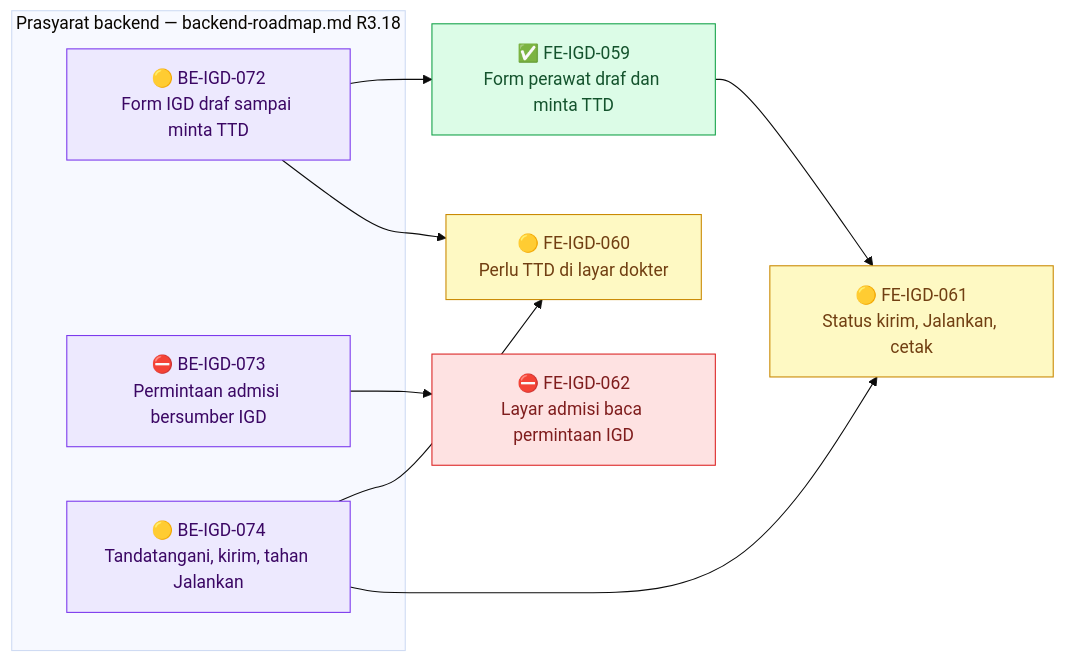
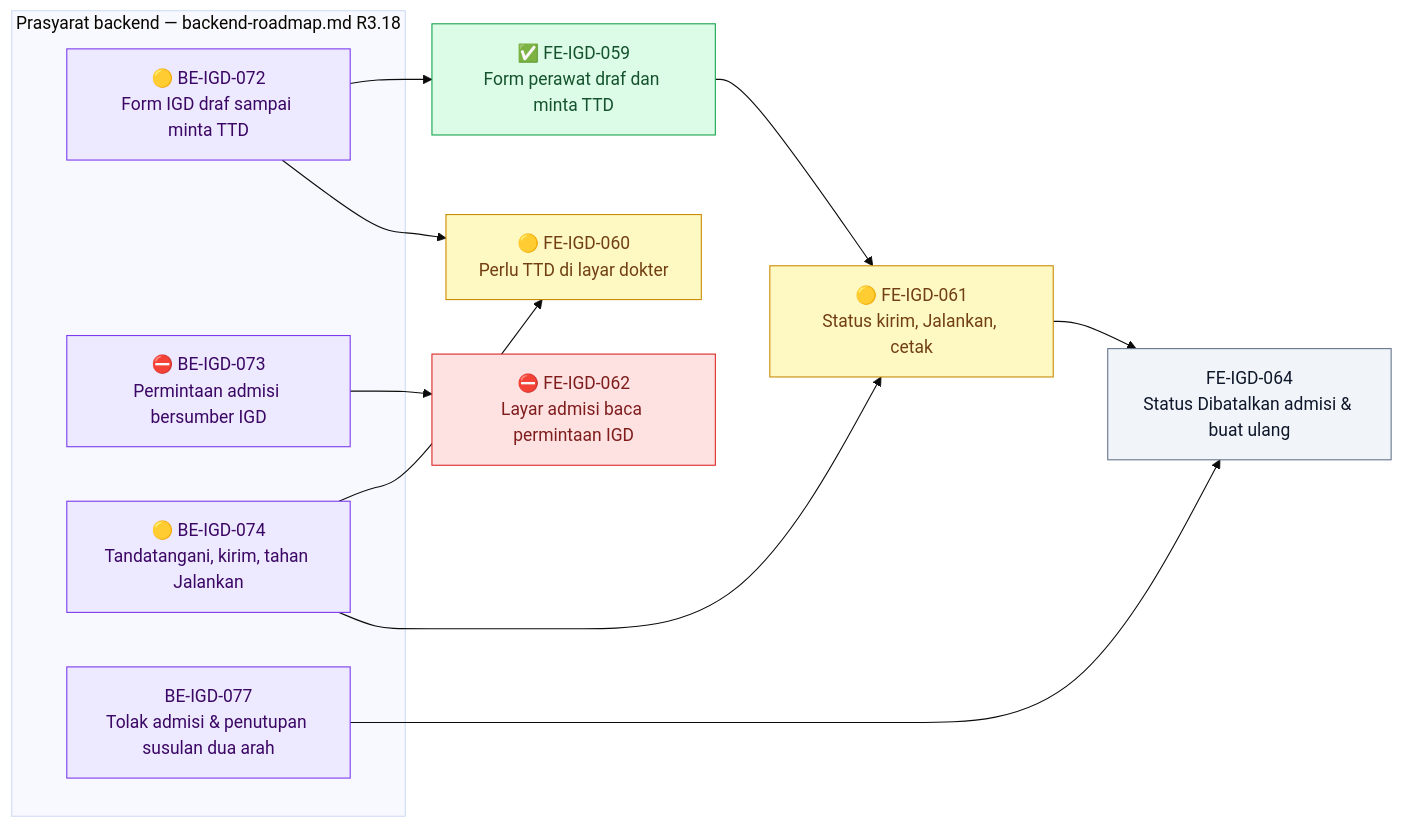
Before and after one commit to DevBenari/NewQuilvianSystemBackend: diagram 19 of 19 in docs/module-blueprints/igd/roadmap/frontend-roadmap.md, drawn with Mermaid (base theme). The commit also changed other lines of this file and 34 other files, not shown here.

Commit message:
feat(emergency-assessment): add trauma and body map schema, DTOs, and blueprint documentation

````diff
--- a/docs/module-blueprints/igd/roadmap/frontend-roadmap.md
+++ b/docs/module-blueprints/igd/roadmap/frontend-roadmap.md
@@ -2729,26 +2732,30 @@
 ```mermaid
 flowchart LR
     classDef selesai fill:#DCFCE7,stroke:#16A34A,color:#14532D
     classDef sebagian fill:#FEF9C3,stroke:#CA8A04,color:#713F12
     classDef terblokir fill:#FEE2E2,stroke:#DC2626,color:#7F1D1D
     classDef belum fill:#F1F5F9,stroke:#64748B,color:#0F172A
     classDef luar fill:#EDE9FE,stroke:#7C3AED,color:#3B0764
 
     subgraph backend1601["Prasyarat backend — backend-roadmap.md R3.18"]
         BEIGD072P["🟡 BE-IGD-072<br/>Form IGD draf sampai minta TTD"]:::luar
         BEIGD073P["⛔ BE-IGD-073<br/>Permintaan admisi bersumber IGD"]:::luar
         BEIGD074P["🟡 BE-IGD-074<br/>Tandatangani, kirim, tahan Jalankan"]:::luar
+        BEIGD077P["BE-IGD-077<br/>Tolak admisi & penutupan susulan dua arah"]:::luar
     end
 
     FEIGD059["✅ FE-IGD-059<br/>Form perawat draf dan minta TTD"]:::selesai
     FEIGD060["🟡 FE-IGD-060<br/>Perlu TTD di layar dokter"]:::sebagian
     FEIGD061["🟡 FE-IGD-061<br/>Status kirim, Jalankan, cetak"]:::sebagian
     FEIGD062["⛔ FE-IGD-062<br/>Layar admisi baca permintaan IGD"]:::terblokir
+    FEIGD064["FE-IGD-064<br/>Status Dibatalkan admisi & buat ulang"]:::belum
 
     BEIGD072P --> FEIGD059
     BEIGD072P --> FEIGD060
     BEIGD074P --> FEIGD060
     BEIGD074P --> FEIGD061
     FEIGD059 --> FEIGD061
     BEIGD073P --> FEIGD062
+    BEIGD077P --> FEIGD064
+    FEIGD061 --> FEIGD064
 ```
````
